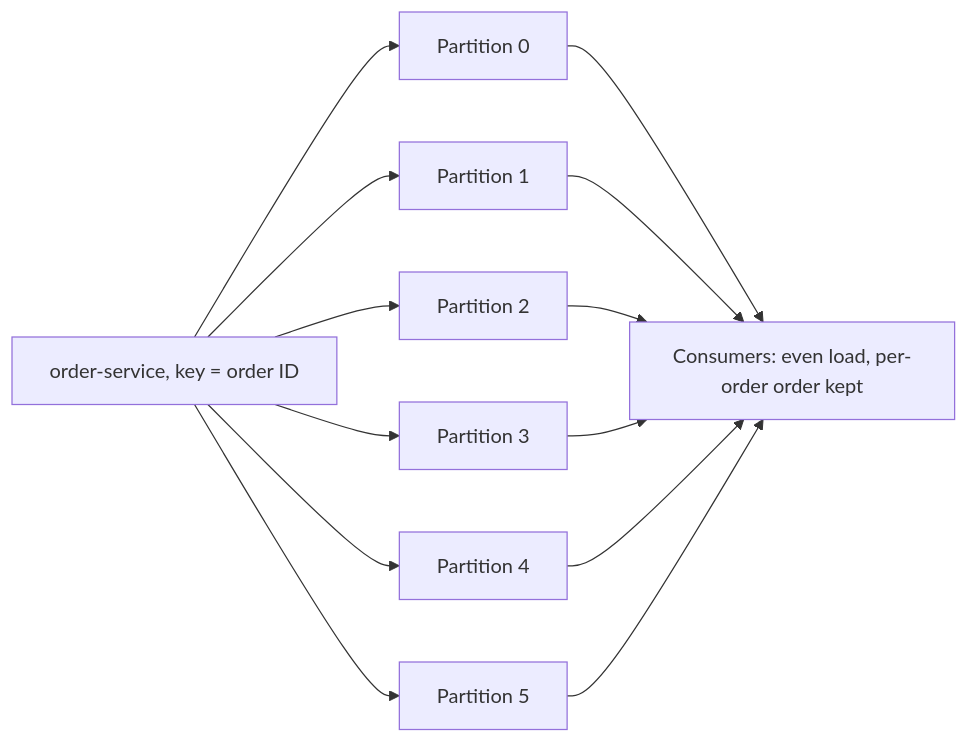
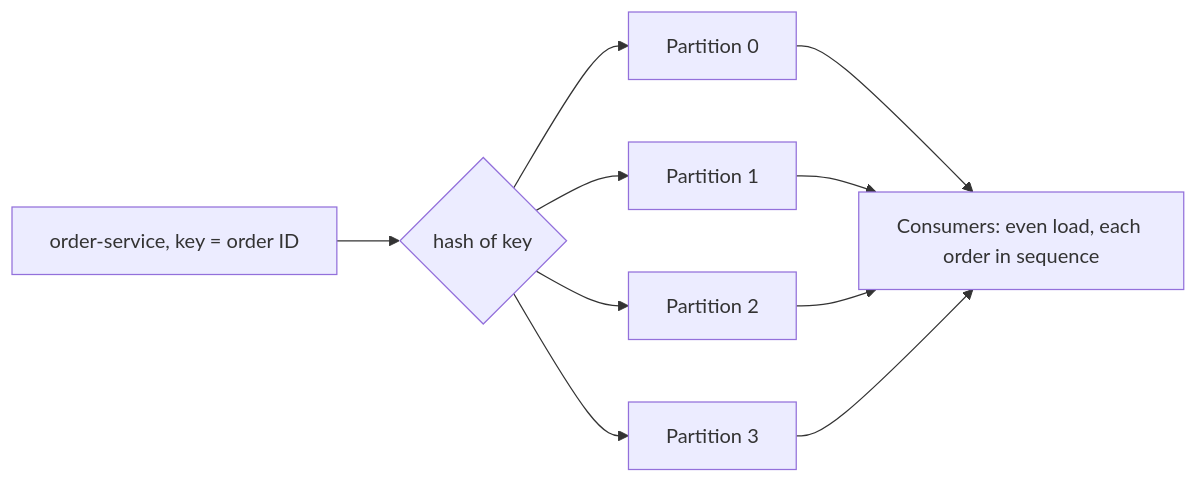
One commit to jubin-techwiz/learning changed the second of 2 diagrams in notes/02-messaging/02-kafka/11-ordering-partition-planning-hot-partitions.md. Above: the diagram before and after it, drawn with Mermaid. The commit also changed other lines of this file and 37 other files, not shown here.

````diff
--- a/notes/02-messaging/02-kafka/11-ordering-partition-planning-hot-partitions.md
+++ b/notes/02-messaging/02-kafka/11-ordering-partition-planning-hot-partitions.md
@@ -44,10 +68,12 @@
 ```mermaid
 flowchart LR
-    O[order-service, key = order ID] --> P0[Partition 0]
-    O --> P1[Partition 1]
-    O --> P2[Partition 2]
-    O --> P3[Partition 3]
-    O --> P4[Partition 4]
-    O --> P5[Partition 5]
-    P0 & P1 & P2 & P3 & P4 & P5 --> G[Consumers: even load, per-order order kept]
+    O[order-service, key = order ID] --> H{hash of key}
+    H --> P0[Partition 0]
+    H --> P1[Partition 1]
+    H --> P2[Partition 2]
+    H --> P3[Partition 3]
+    P0 --> G[Consumers: even load, each order in sequence]
+    P1 --> G
+    P2 --> G
+    P3 --> G
 ```
````
